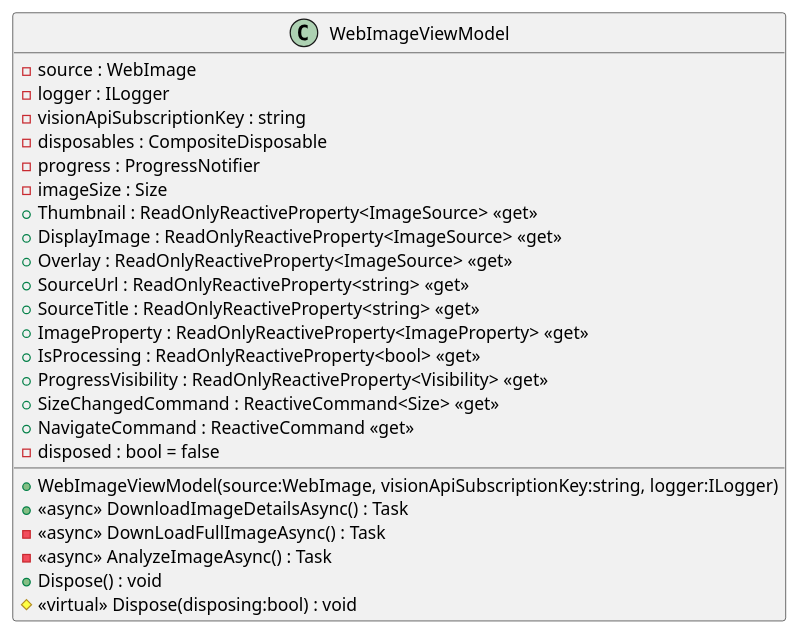
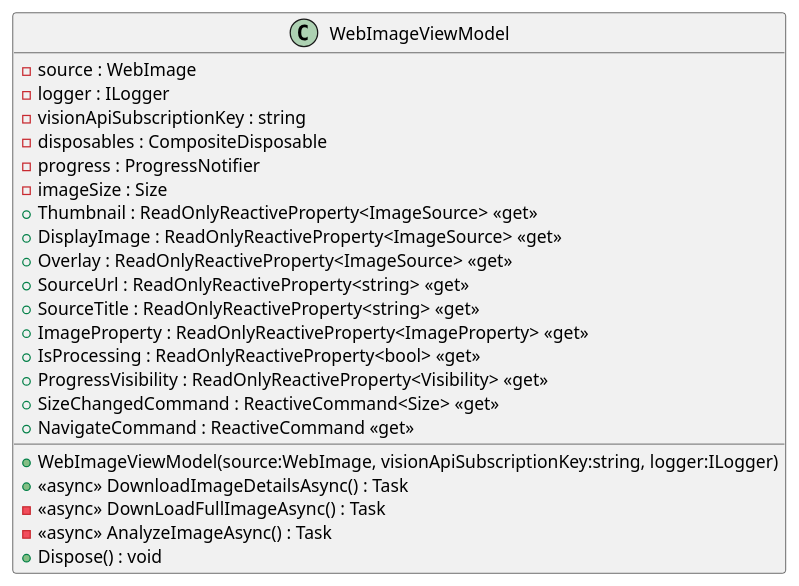
The diagram in uml/ClassDiagrams/ViewModels/WebImageViewModel.plantuml (pierre3/ReactiveBingViewer), drawn with PlantUML before and after one commit. The commit also changed 6 other files, not shown here.

```diff
--- a/uml/ClassDiagrams/ViewModels/WebImageViewModel.plantuml
+++ b/uml/ClassDiagrams/ViewModels/WebImageViewModel.plantuml
@@ -1,25 +1,23 @@
 class WebImageViewModel {
     - source : WebImage
     - logger : ILogger
     - visionApiSubscriptionKey : string
     - disposables : CompositeDisposable
     - progress : ProgressNotifier
     - imageSize : Size
     + Thumbnail : ReadOnlyReactiveProperty<ImageSource> <<get>>
     + DisplayImage : ReadOnlyReactiveProperty<ImageSource> <<get>>
     + Overlay : ReadOnlyReactiveProperty<ImageSource> <<get>>
     + SourceUrl : ReadOnlyReactiveProperty<string> <<get>>
     + SourceTitle : ReadOnlyReactiveProperty<string> <<get>>
     + ImageProperty : ReadOnlyReactiveProperty<ImageProperty> <<get>>
     + IsProcessing : ReadOnlyReactiveProperty<bool> <<get>>
     + ProgressVisibility : ReadOnlyReactiveProperty<Visibility> <<get>>
     + SizeChangedCommand : ReactiveCommand<Size> <<get>>
     + NavigateCommand : ReactiveCommand <<get>>
     + WebImageViewModel(source:WebImage, visionApiSubscriptionKey:string, logger:ILogger)
     + <<async>> DownloadImageDetailsAsync() : Task
     - <<async>> DownLoadFullImageAsync() : Task
     - <<async>> AnalyzeImageAsync() : Task
     + Dispose() : void
-    # <<virtual>> Dispose(disposing:bool) : void
-    - disposed : bool = false
 }
```
